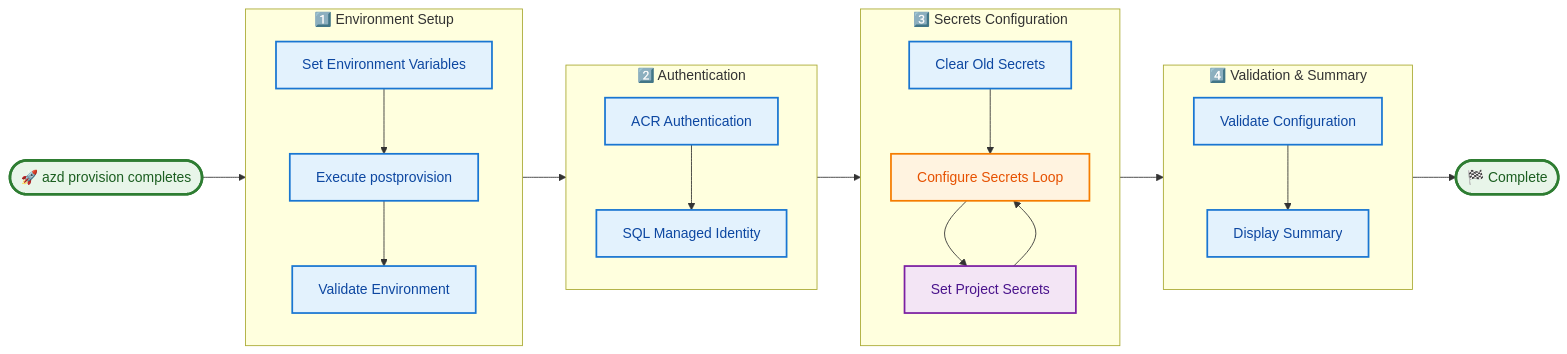
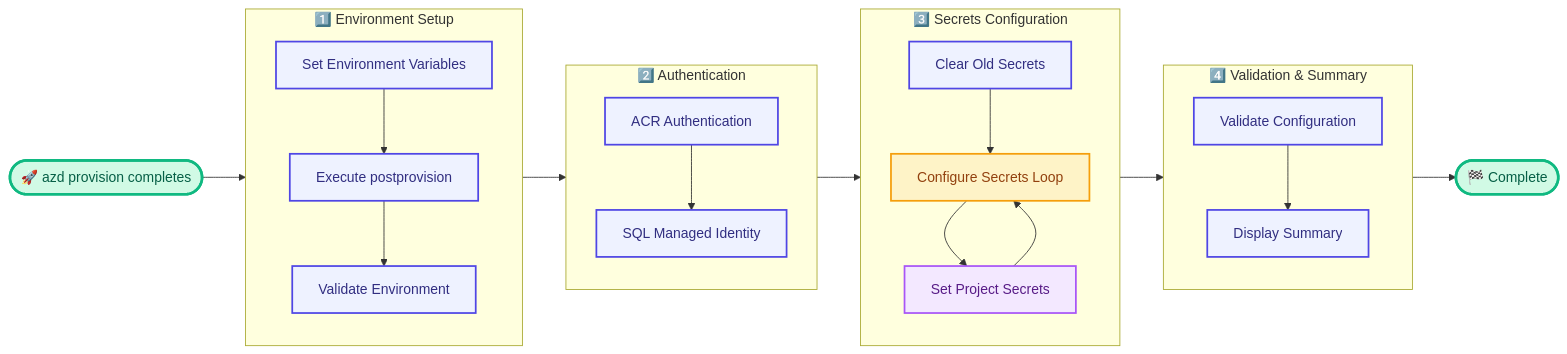
One commit to Evilazaro/Azure-LogicApps-Monitoring changed the diagram in docs/hooks/postprovision.md. Above: the diagram before and after it, drawn with Mermaid. The commit also changed 11 other files, not shown here.

Commit message:
feat(docs): Update diagrams with modern color palette for improved accessibility and clarity

````diff
--- a/docs/hooks/postprovision.md
+++ b/docs/hooks/postprovision.md
@@ -492,55 +492,55 @@
 ```mermaid
 flowchart LR
     Start(["🚀 azd provision completes"])
     Complete(["🏁 Complete"])
 
     Start --> EnvironmentSetup
 
     subgraph EnvironmentSetup["1️⃣ Environment Setup"]
         direction TB
         SetEnv["Set Environment Variables"]
         Execute["Execute postprovision"]
         Validate["Validate Environment"]
         SetEnv --> Execute
         Execute --> Validate
     end
 
     subgraph Authentication["2️⃣ Authentication"]
         direction TB
         ACRAuth["ACR Authentication"]
         SQLConfig["SQL Managed Identity"]
         ACRAuth --> SQLConfig
     end
 
     subgraph SecretsConfig["3️⃣ Secrets Configuration"]
         direction TB
         Clear["Clear Old Secrets"]
         ConfigLoop["Configure Secrets Loop"]
         ConfigProject["Set Project Secrets"]
         Clear --> ConfigLoop
         ConfigLoop --> ConfigProject
         ConfigProject --> ConfigLoop
     end
 
     subgraph ValidationPhase["4️⃣ Validation & Summary"]
         direction TB
         Validate2["Validate Configuration"]
         Summary["Display Summary"]
         Validate2 --> Summary
     end
 
     EnvironmentSetup --> Authentication
     Authentication --> SecretsConfig
     SecretsConfig --> ValidationPhase
     ValidationPhase --> Complete
 
-    classDef startEnd fill:#e8f5e9,stroke:#2e7d32,stroke-width:3px,color:#1b5e20
-    classDef process fill:#e3f2fd,stroke:#1976d2,stroke-width:2px,color:#0d47a1
-    classDef config fill:#f3e5f5,stroke:#7b1fa2,stroke-width:2px,color:#4a148c
-    classDef loop fill:#fff3e0,stroke:#f57c00,stroke-width:2px,color:#e65100
+    classDef startEnd fill:#D1FAE5,stroke:#10B981,stroke-width:3px,color:#065F46
+    classDef process fill:#EEF2FF,stroke:#4F46E5,stroke-width:2px,color:#312E81
+    classDef config fill:#F3E8FF,stroke:#A855F7,stroke-width:2px,color:#581C87
+    classDef loop fill:#FEF3C7,stroke:#F59E0B,stroke-width:2px,color:#92400E
 
     class Start,Complete startEnd
     class SetEnv,Execute,Validate,ACRAuth,SQLConfig,Clear,Validate2,Summary process
     class ConfigLoop loop
     class ConfigProject config
 ```
````
